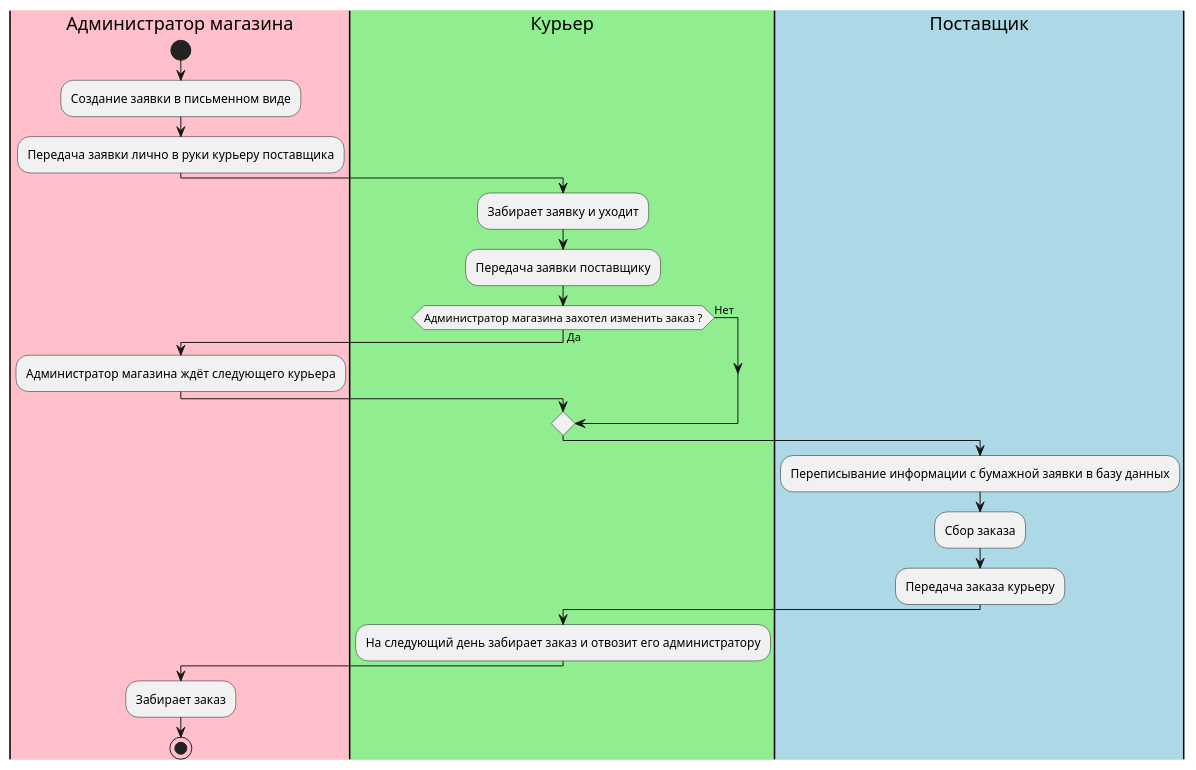
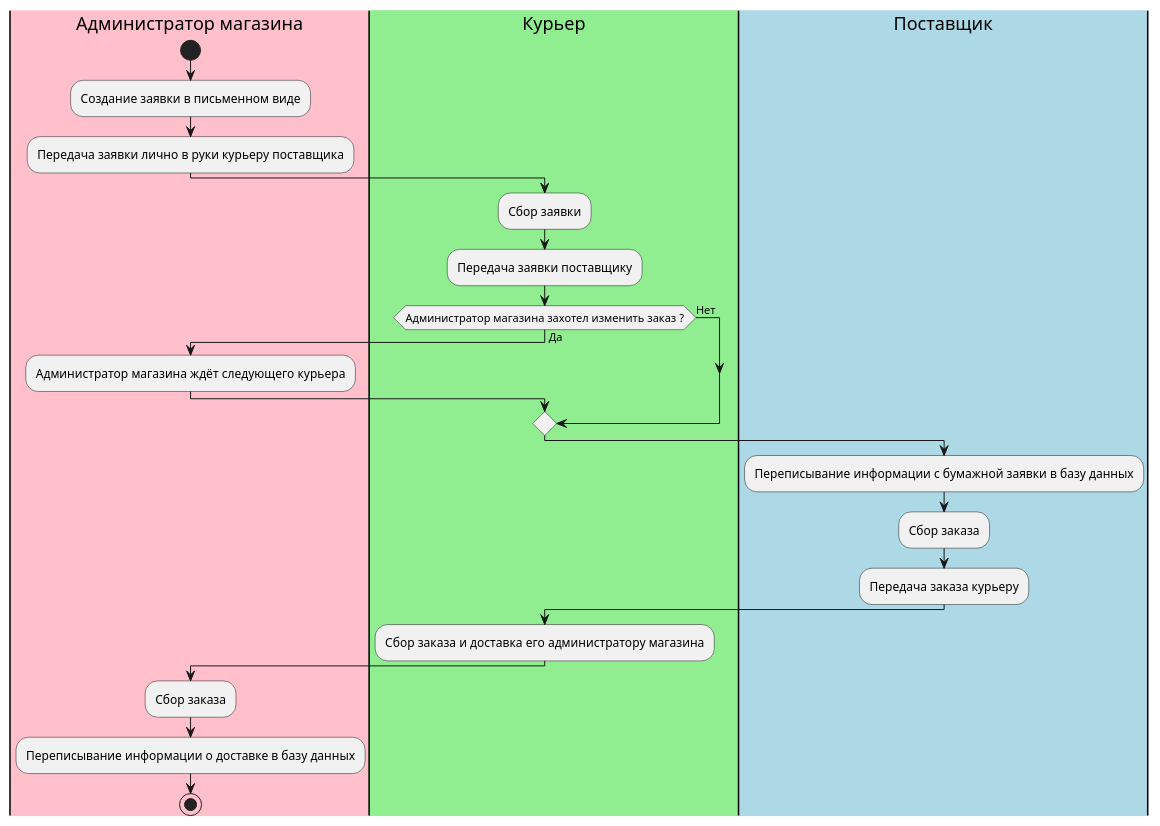
One commit to BombasticFantastik/PIS_Course_work changed the diagram in uml-диаграммы/диаграмма_деятельности_старого_бизнес-процесса.puml. Above: the diagram before and after it, drawn with PlantUML. The commit also changed 36 other files, not shown here.

```diff
--- a/uml-диаграммы/диаграмма_деятельности_старого_бизнес-процесса.puml
+++ b/uml-диаграммы/диаграмма_деятельности_старого_бизнес-процесса.puml
@@ -1,36 +1,37 @@
 @startuml old_diam
 
 |#Pink|Адм|Администратор магазина
 |#LightGreen|Кур|Курьер
 |#LightBlue|Пост|Поставщик
 
 
 |Адм|
 start
 :Создание заявки в письменном виде;
 :Передача заявки лично в руки курьеру поставщика;
 
 
 |Кур|
-:Забирает заявку и уходит;  
+:Сбор заявки;  
 :Передача заявки поставщику;
 if (Администратор магазина захотел изменить заказ ?) is (Да) then
 |Адм|
 :Администратор магазина ждёт следующего курьера;
 
 else(Нет)
 endif
 
 |Пост|
 
 :Переписывание информации с бумажной заявки в базу данных;
 :Сбор заказа;
 :Передача заказа курьеру;
 
 |Кур|
-:На следующий день забирает заказ и отвозит его администратору;
+:Сбор заказа и доставка его администратору магазина;
 
 |Адм|
-:Забирает заказ;
+:Сбор заказа;
+:Переписывание информации о доставке в базу данных;
 stop
 @enduml
```
